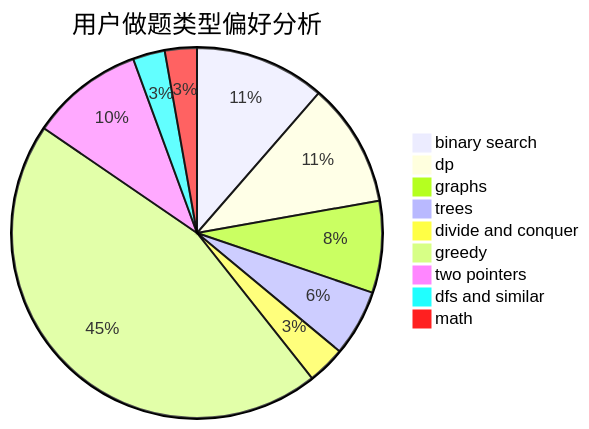
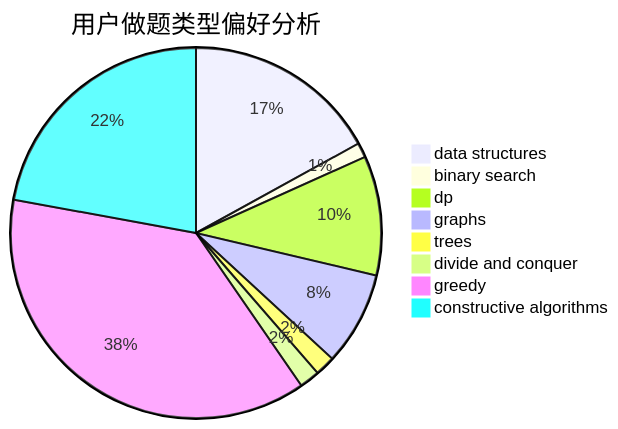
The second of 3 diagrams in docs/user/u1180.md (sherpahu/cfrs.github.io), drawn with Mermaid before and after one commit. The commit also changed other lines of this file and 2775 other files, not shown here.

````diff
--- a/docs/user/u1180.md
+++ b/docs/user/u1180.md
@@ -23,12 +23,11 @@
 ```mermaid
 pie title 用户做题类型偏好分析
-    "binary search" :  155
-    "dp" :  147
-    "graphs" :  109
-    "trees" :  79
-    "divide and conquer" :  45
-    "greedy" :  615
-    "two pointers" :  134
-    "dfs and similar" :  38
-    "math" :  38
+    "data structures" :  106
+    "binary search" :  8
+    "dp" :  65
+    "graphs" :  51
+    "trees" :  11
+    "divide and conquer" :  11
+    "greedy" :  234
+    "constructive algorithms" :  138
 ```
````
